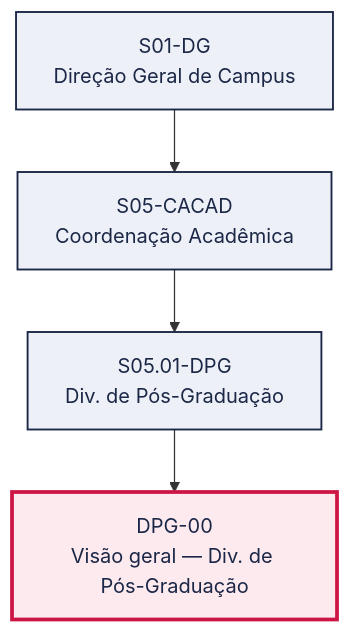
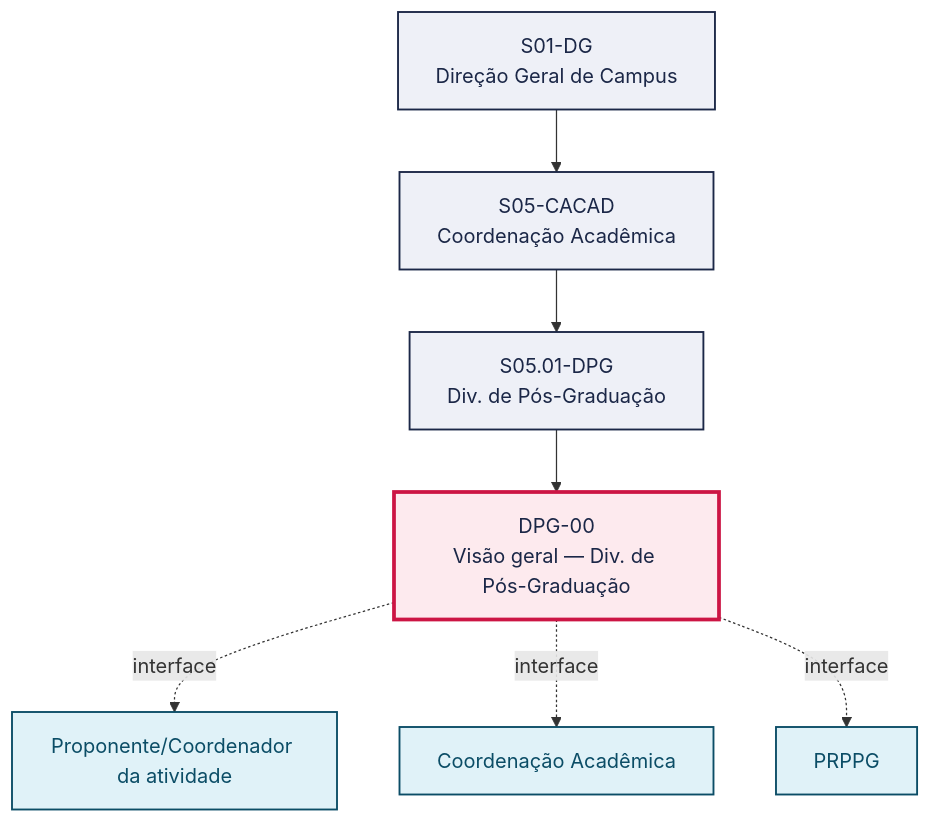
Before and after one commit to jessefers/canvas-vivo-atdg: the first of 2 diagrams in pops/DPG/DPG-00.md, drawn with Mermaid. The commit also changed other lines of this file and 95 other files, not shown here.

````diff
--- a/pops/DPG/DPG-00.md
+++ b/pops/DPG/DPG-00.md
@@ -49,15 +56,22 @@
 ```mermaid
 graph TD
   S01_DG["S01-DG<br/>Direção Geral de Campus"]
   S05_CACAD["S05-CACAD<br/>Coordenação Acadêmica"]
   S01_DG --> S05_CACAD
   S05_01_DPG["S05.01-DPG<br/>Div. de Pós-Graduação"]
   S05_CACAD --> S05_01_DPG
   P["DPG-00<br/>Visão geral — Div. de Pós-Graduação"]
   S05_01_DPG --> P
+  V1["Proponente/Coordenador da atividade"]
+  P -. interface .-> V1
+  V2["Coordenação Acadêmica"]
+  P -. interface .-> V2
+  V3["PRPPG"]
+  P -. interface .-> V3
   classDef setor fill:#EEF0F7,stroke:#1B2747,stroke-width:1.5px,color:#1B2747
   classDef destaque fill:#FDEAEE,stroke:#CC1544,stroke-width:3px,color:#1B2747
   classDef vizinho fill:#E0F2F8,stroke:#0B4D66,stroke-width:1.5px,color:#0B4D66
   class S01_DG,S05_CACAD,S05_01_DPG setor
   class P destaque
+  class V1,V2,V3 vizinho
 ```
````
